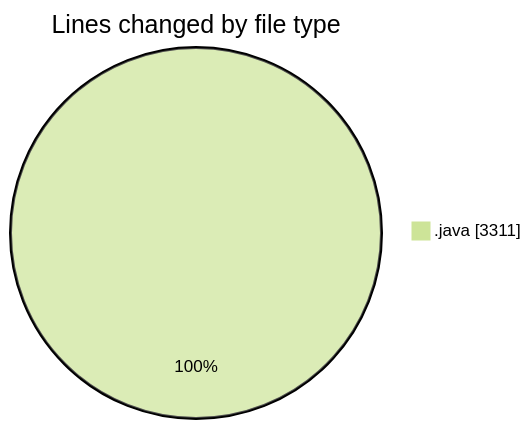
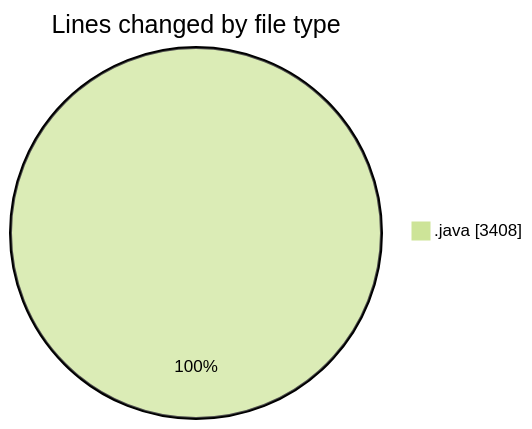
The first of 2 diagrams in 2025-02-21/projet/README.md (Elitesun/code-tracking), drawn with Mermaid (forest theme) before and after one commit. The commit also changed other lines of this file and 1 other file, not shown here.

````diff
--- a/2025-02-21/projet/README.md
+++ b/2025-02-21/projet/README.md
@@ -34,5 +34,5 @@
 ```mermaid
 pie showData
 title Lines changed by file type
-".java" : 3311
+".java" : 3408
 ```
````
